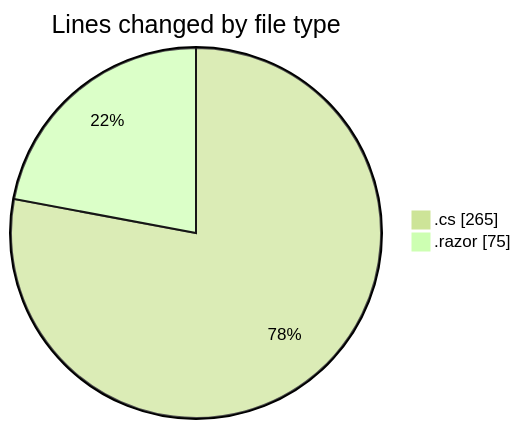
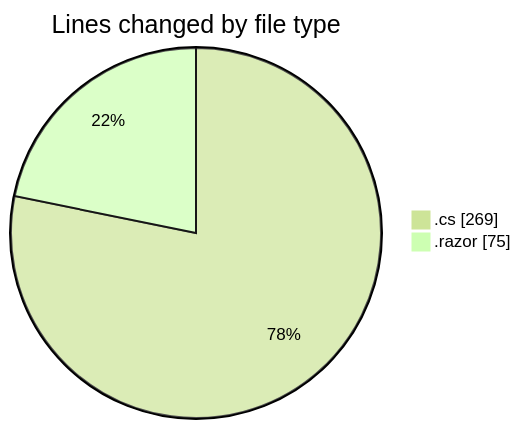
The first of 2 diagrams in 2025-03-30/front-end/README.md (Netris89/code-tracking), drawn with Mermaid (forest theme) before and after one commit. The commit also changed other lines of this file and 1 other file, not shown here.

````diff
--- a/2025-03-30/front-end/README.md
+++ b/2025-03-30/front-end/README.md
@@ -24,6 +24,6 @@
 ```mermaid
 pie showData
 title Lines changed by file type
-".cs" : 265
+".cs" : 269
 ".razor" : 75
 ```
````
